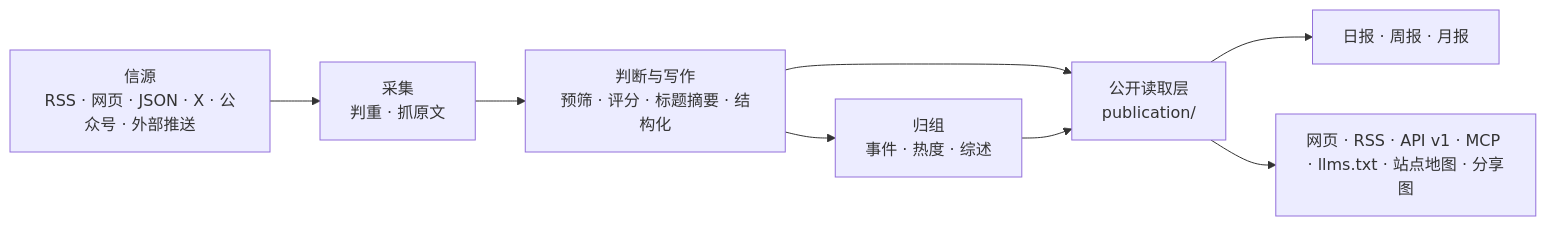
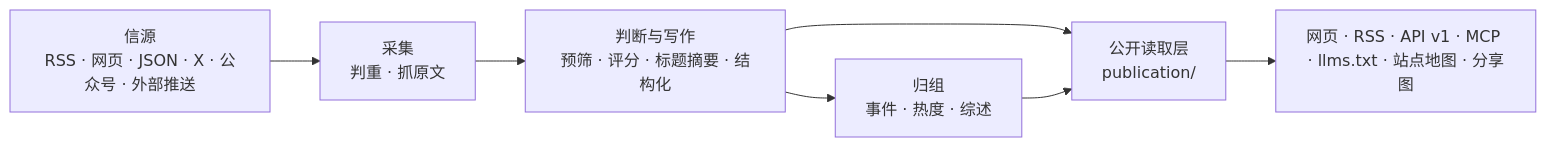
The diagram in docs/architecture.md (IF-Link-Tech-Team/seu-wiki-v2), drawn with Mermaid before and after one commit. The commit also changed other lines of this file and 105 other files, not shown here.

````diff
--- a/docs/architecture.md
+++ b/docs/architecture.md
@@ -3,10 +3,9 @@
 ```mermaid
 flowchart LR
   S["信源<br/>RSS · 网页 · JSON · X · 公众号 · 外部推送"] --> C["采集<br/>判重 · 抓原文"]
   C --> J["判断与写作<br/>预筛 · 评分 · 标题摘要 · 结构化"]
   J --> G["归组<br/>事件 · 热度 · 综述"]
   J --> P["公开读取层<br/>publication/"]
   G --> P
-  P --> R["日报 · 周报 · 月报"]
   P --> O["网页 · RSS · API v1 · MCP · llms.txt · 站点地图 · 分享图"]
 ```
````
